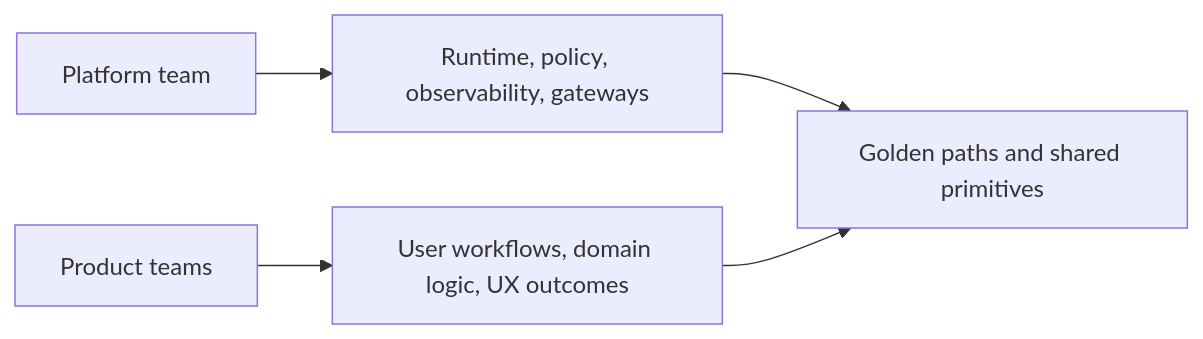
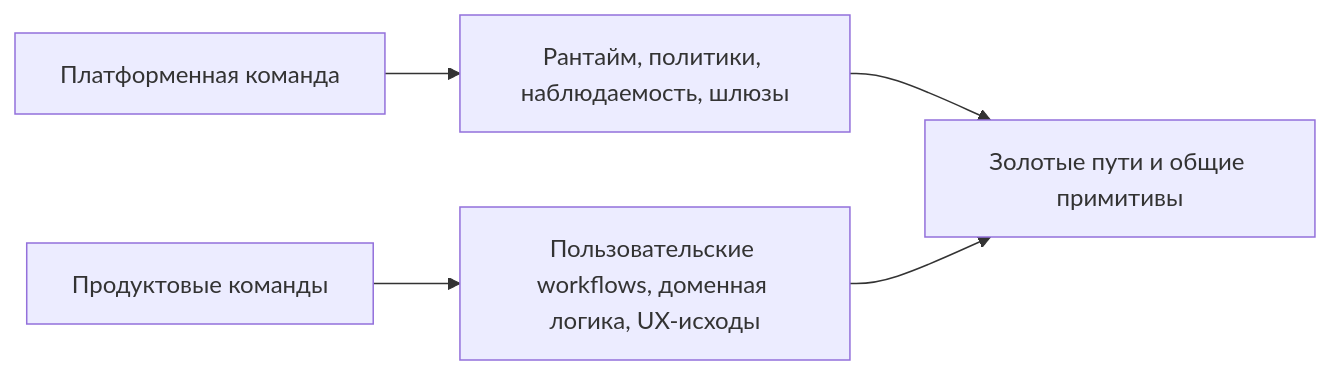
One commit to agent-axiom/agent-arch changed the diagram in docs/book/part-vi/chapter-14.md. Above: the diagram before and after it, drawn with Mermaid. The commit also changed other lines of this file, not shown here.

Commit message:
docs: polish Russian chapter fourteen platform ownership prose

````diff
--- a/docs/book/part-vi/chapter-14.md
+++ b/docs/book/part-vi/chapter-14.md
@@ -79,7 +79,7 @@
 ``` mermaid
 flowchart LR
-    A["Platform team"] --> B["Runtime, policy, observability, gateways"]
-    C["Product teams"] --> D["User workflows, domain logic, UX outcomes"]
-    B --> E["Golden paths and shared primitives"]
+    A["Платформенная команда"] --> B["Рантайм, политики, наблюдаемость, шлюзы"]
+    C["Продуктовые команды"] --> D["Пользовательские workflows, доменная логика, UX-исходы"]
+    B --> E["Золотые пути и общие примитивы"]
     D --> E
 ```
````
